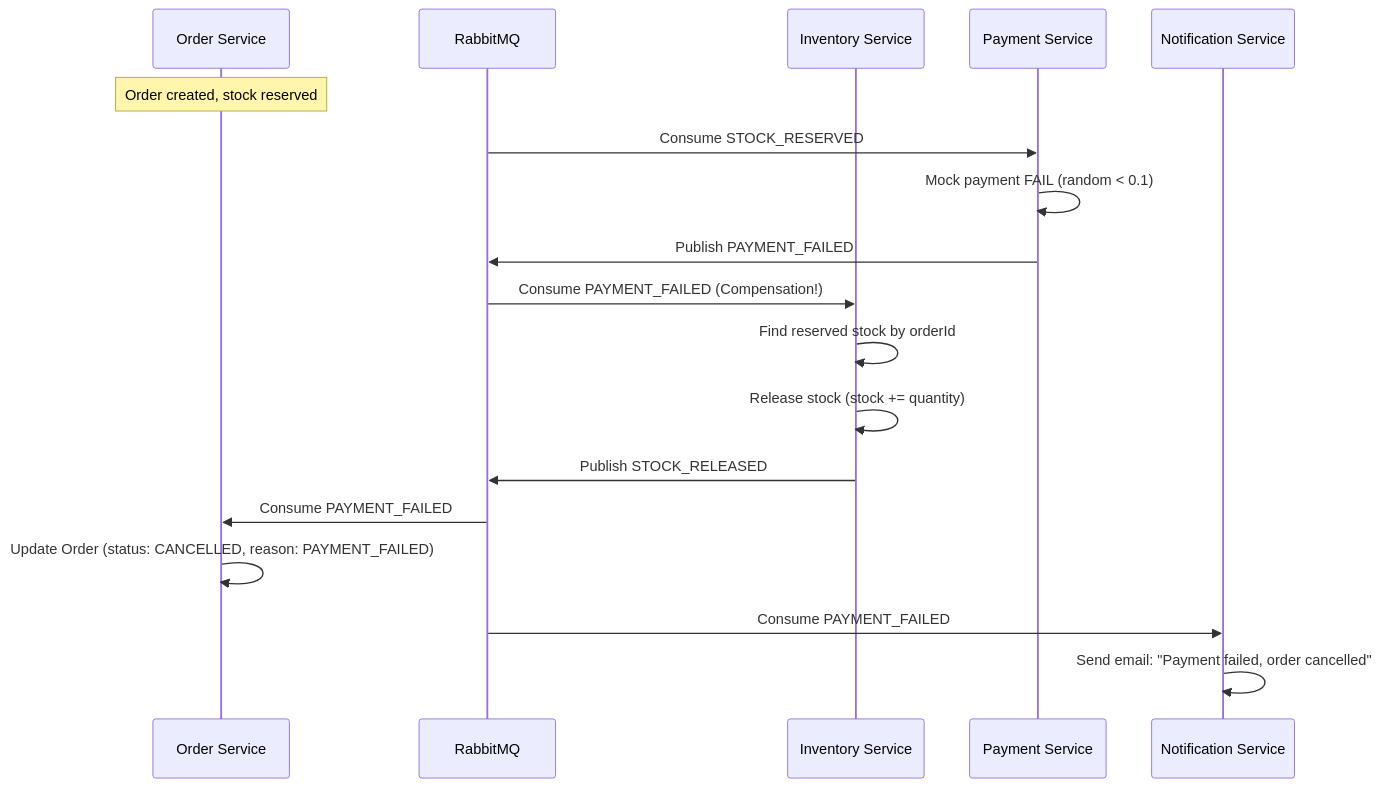
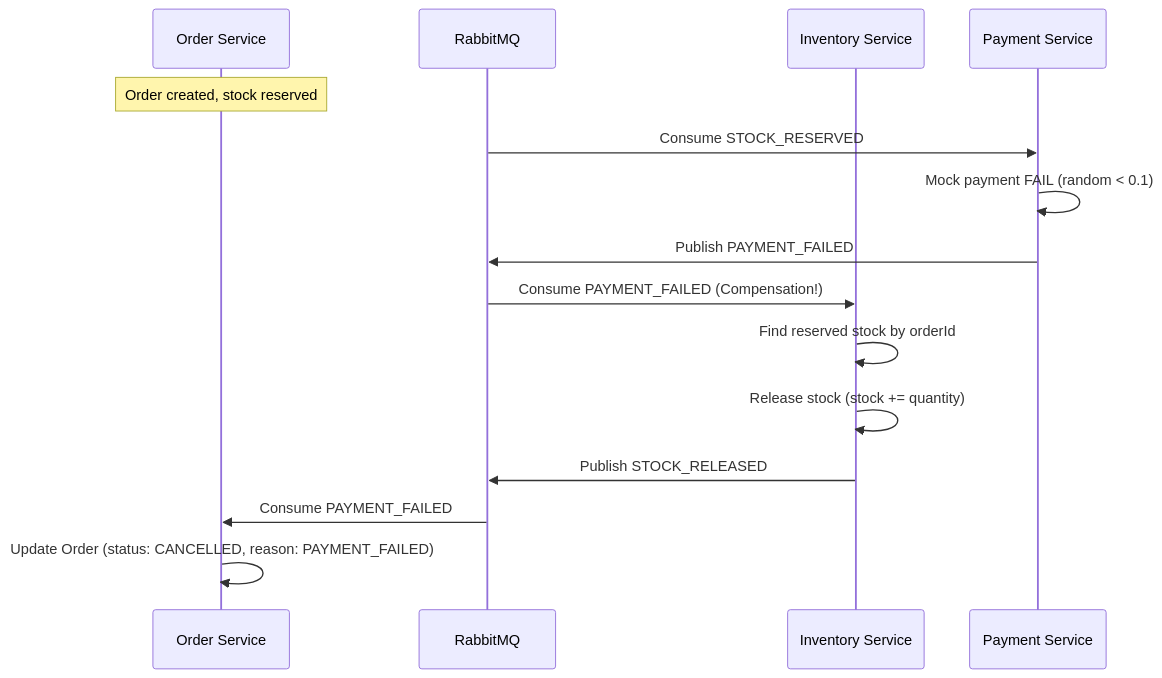
One commit to KinasTomes/em-project changed the third of 4 diagrams in docs/SAGA_FLOW_COMPLETE.md. Above: the diagram before and after it, drawn with Mermaid. The commit also changed other lines of this file and 3 other files, not shown here.

````diff
--- a/docs/SAGA_FLOW_COMPLETE.md
+++ b/docs/SAGA_FLOW_COMPLETE.md
@@ -170,25 +146,21 @@
 ```mermaid
 sequenceDiagram
     participant OS as Order Service
     participant RMQ as RabbitMQ
     participant IS as Inventory Service
     participant PS as Payment Service
-    participant NS as Notification Service
 
     Note over OS: Order created, stock reserved
     
     RMQ->>PS: Consume STOCK_RESERVED
     PS->>PS: Mock payment FAIL (random < 0.1)
     PS->>RMQ: Publish PAYMENT_FAILED
     
     RMQ->>IS: Consume PAYMENT_FAILED (Compensation!)
     IS->>IS: Find reserved stock by orderId
     IS->>IS: Release stock (stock += quantity)
     IS->>RMQ: Publish STOCK_RELEASED
     
     RMQ->>OS: Consume PAYMENT_FAILED
     OS->>OS: Update Order (status: CANCELLED, reason: PAYMENT_FAILED)
-    
-    RMQ->>NS: Consume PAYMENT_FAILED
-    NS->>NS: Send email: "Payment failed, order cancelled"
 ```
````
